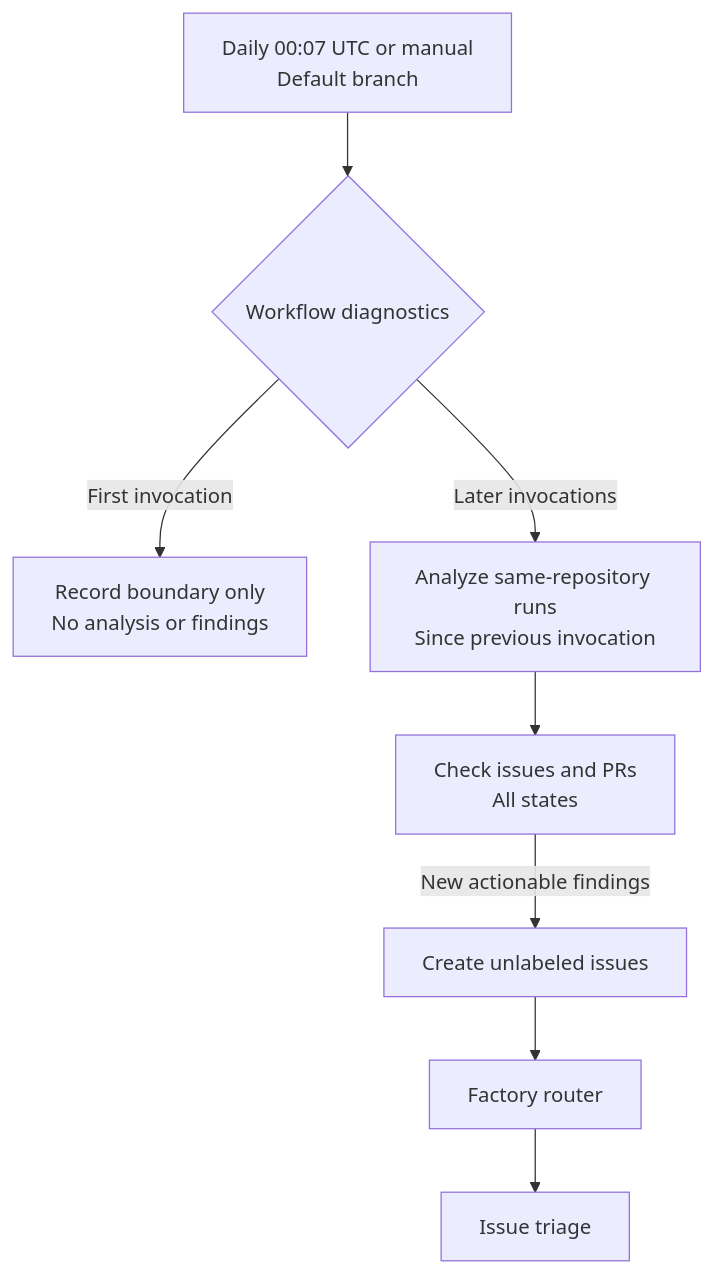
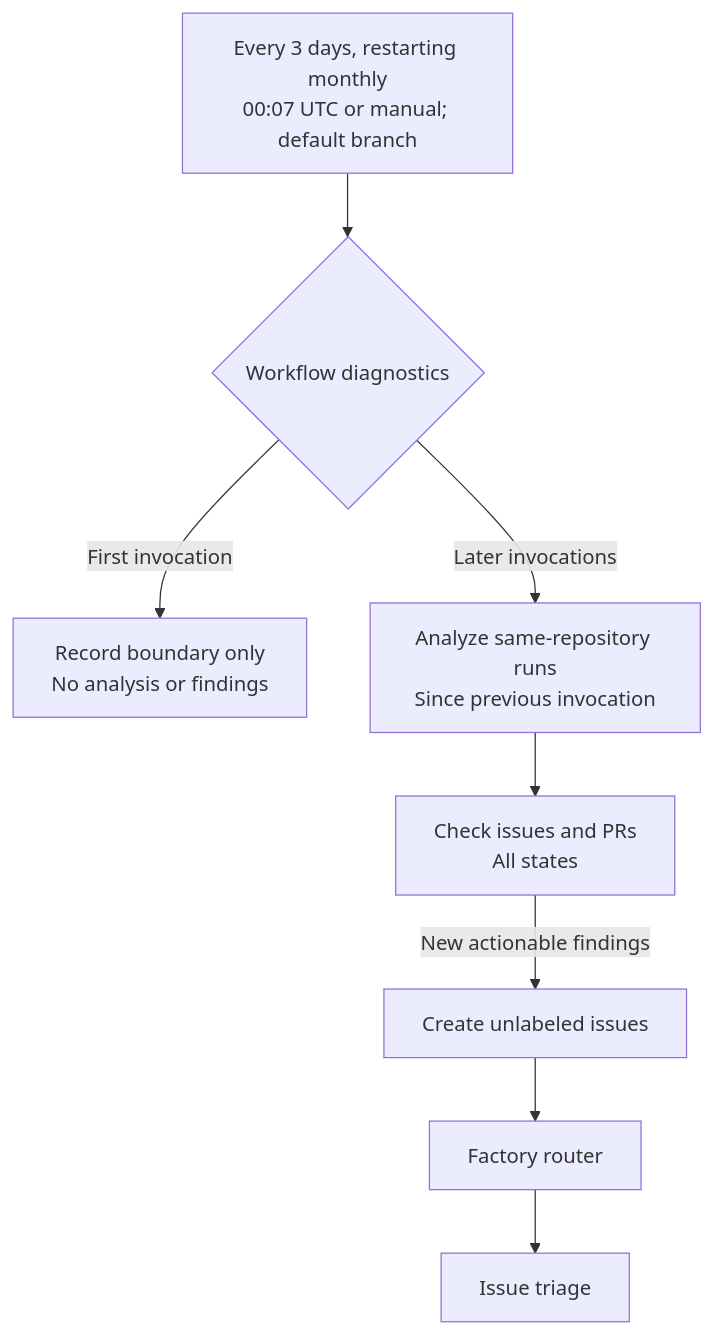
Before and after one commit to VasiliyNovikov/Factory: the second of 5 diagrams in README.md, drawn with Mermaid. The commit also changed 2 other files, not shown here.

Commit message:
Run workflow diagnostics every three calendar days (#214)

````diff
--- a/README.md
+++ b/README.md
@@ -76,9 +76,9 @@
 ```mermaid
 flowchart TD
-    trigger["Daily 00:07 UTC or manual<br/>Default branch"] --> diagnostics{"Workflow diagnostics"}
+    trigger["Every 3 days, restarting monthly<br/>00:07 UTC or manual; default branch"] --> diagnostics{"Workflow diagnostics"}
     diagnostics -->|First invocation| boundary["Record boundary only<br/>No analysis or findings"]
     diagnostics -->|Later invocations| analysis["Analyze same-repository runs<br/>Since previous invocation"]
     analysis --> duplicates["Check issues and PRs<br/>All states"]
     duplicates -->|New actionable findings| issues["Create unlabeled issues"]
     issues --> router["Factory router"] --> triage["Issue triage"]
 ```
````
